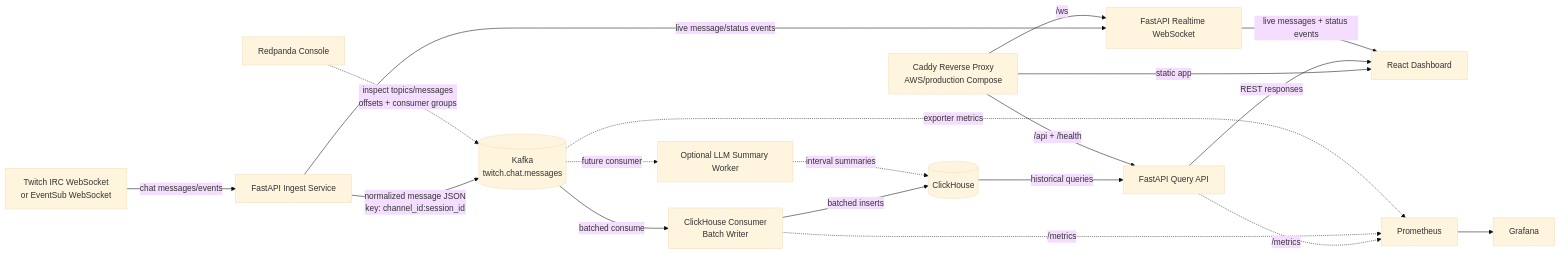
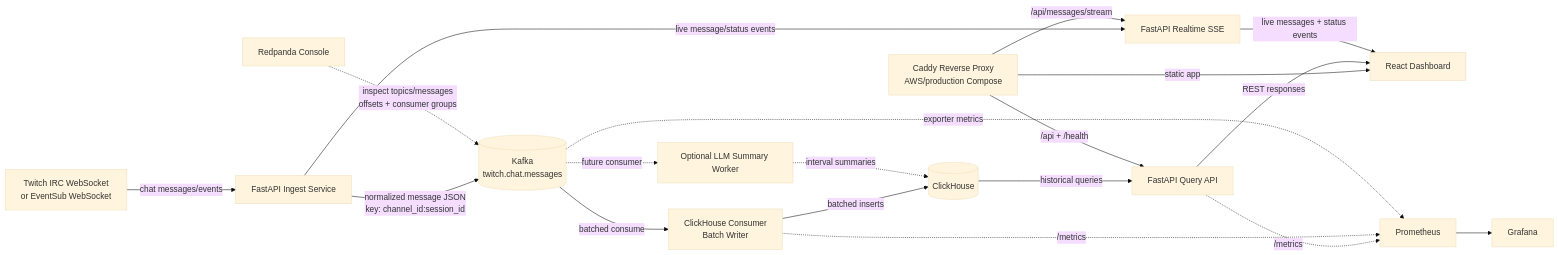
One commit to uwdivad/twitch_analyze changed the first of 4 diagrams in docs/project-flow.md. Above: the diagram before and after it, drawn with Mermaid (base theme). The commit also changed other lines of this file and 16 other files, not shown here.

First line of the commit message:
Replace live-feed WebSocket with SSE; backend perf and docs

````diff
--- a/docs/project-flow.md
+++ b/docs/project-flow.md
@@ -5,39 +5,39 @@
 ```mermaid
 flowchart LR
     twitch[Twitch IRC WebSocket<br/>or EventSub WebSocket]
     ingest[FastAPI Ingest Service]
     kafka[(Kafka<br/>twitch.chat.messages)]
     consumer[ClickHouse Consumer<br/>Batch Writer]
     clickhouse[(ClickHouse)]
     caddy[Caddy Reverse Proxy<br/>AWS/production Compose]
     api[FastAPI Query API]
-    realtime[FastAPI Realtime WebSocket]
+    realtime[FastAPI Realtime SSE]
     react[React Dashboard]
     llm[Optional LLM Summary Worker]
     console[Redpanda Console]
     prometheus[Prometheus]
     grafana[Grafana]
 
     twitch -->|chat messages/events| ingest
     ingest -->|normalized message JSON<br/>key: channel_id:session_id| kafka
     ingest -->|live message/status events| realtime
 
     kafka -->|batched consume| consumer
     consumer -->|batched inserts| clickhouse
     console -.->|inspect topics/messages<br/>offsets + consumer groups| kafka
 
     kafka -.->|future consumer| llm
     llm -.->|interval summaries| clickhouse
 
     clickhouse -->|historical queries| api
     caddy -->|/api + /health| api
-    caddy -->|/ws| realtime
+    caddy -->|/api/messages/stream| realtime
     caddy -->|static app| react
     api -->|REST responses| react
     realtime -->|live messages + status events| react
 
     api -.->|/metrics| prometheus
     consumer -.->|/metrics| prometheus
     kafka -.->|exporter metrics| prometheus
     prometheus --> grafana
 ```
````
